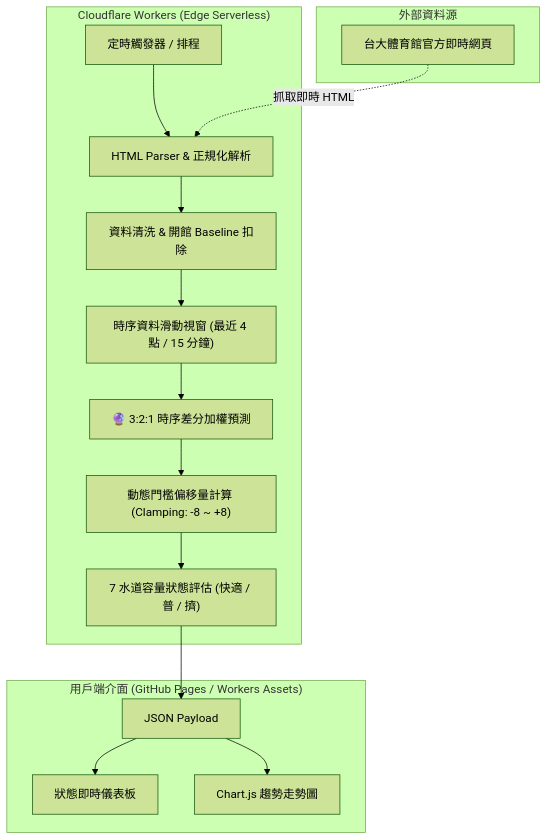
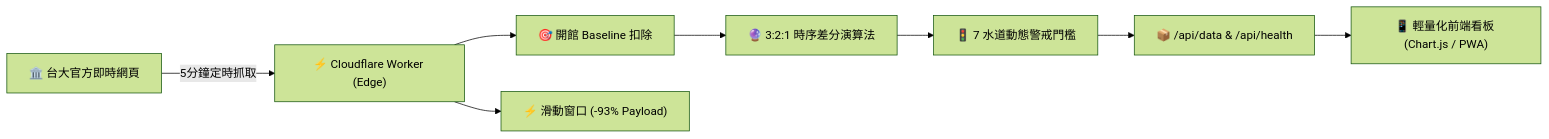
Before and after one commit to 8915ethan/ntu-pool: the diagram in README.md, drawn with Mermaid (forest theme). The commit also changed other lines of this file and 1 other file, not shown here.

````diff
--- a/README.md
+++ b/README.md
@@ -66,23 +45,10 @@
 ```mermaid
-flowchart TD
-    subgraph External["外部資料源"]
-        NTU["台大體育館官方即時網頁"]
-    end
-
-    subgraph Backend["Cloudflare Workers (Edge Serverless)"]
-        Cron["定時觸發器 / 排程"] --> Crawler["HTML Parser & 正規化解析"]
-        NTU -. 抓取即時 HTML .-> Crawler
-        Crawler --> Sanitizer["資料清洗 & 開館 Baseline 扣除"]
-        Sanitizer --> HistoryBuffer["時序資料滑動視窗 (最近 4 點 / 15 分鐘)"]
-        
-        HistoryBuffer --> Algorithm["🔮 3:2:1 時序差分加權預測"]
-        Algorithm --> Offset["動態門檻偏移量計算 (Clamping: -8 ~ +8)"]
-        Offset --> Evaluator["7 水道容量狀態評估 (快適 / 普 / 擠)"]
-    end
-
-    subgraph Frontend["用戶端介面 (GitHub Pages / Workers Assets)"]
-        Evaluator --> API["JSON Payload"]
-        API --> Dashboard["狀態即時儀表板"]
-        API --> Chart["Chart.js 趨勢走勢圖"]
-    end
+flowchart LR
+    NTU["🏛️ 台大官方即時網頁"] -->|5分鐘定時抓取| Worker["⚡ Cloudflare Worker (Edge)"]
+    Worker --> Baseline["🎯 開館 Baseline 扣除"]
+    Worker --> Window["⚡ 滑動窗口 (-93% Payload)"]
+    Baseline --> Algo["🔮 3:2:1 時序差分演算法"]
+    Algo --> Threshold["🚦 7 水道動態警戒門檻"]
+    Threshold --> API["📦 /api/data & /api/health"]
+    API --> UI["📱 輕量化前端看板 (Chart.js / PWA)"]
 ```
````
